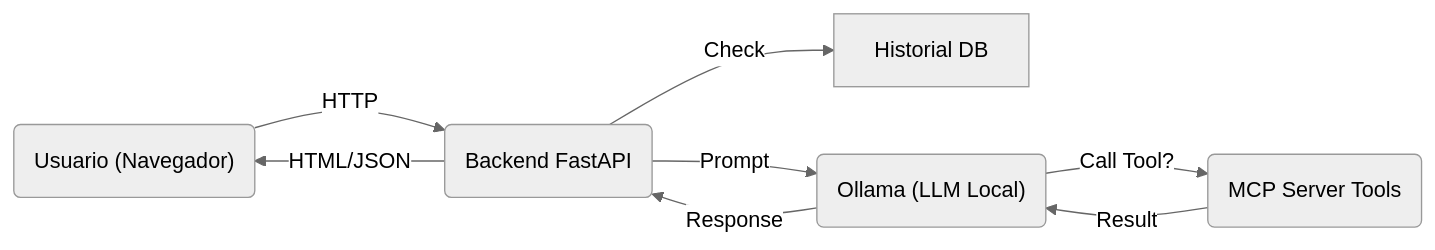
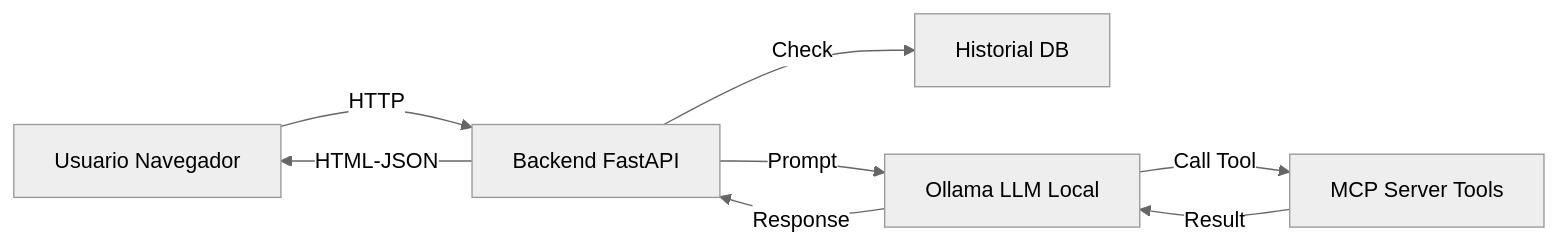
Before and after one commit to vladimiracunadev-create/mcp-ollama-local: the diagram in README.md, drawn with Mermaid (neutral theme). The commit also changed 1 other file, not shown here.

Commit message:
fix(docs): corrige todos los diagramas Mermaid para compatibilidad GitHub
- Cambia todos los nodos con rutas/parentesis de stadium shape () a bracket []
- Elimina caracteres especiales/acentos de los edge labels de pipes |...|
- Afecta: FILE_ARCHITECTURE.md y README.md

````diff
--- a/README.md
+++ b/README.md
@@ -35,10 +35,10 @@
 ```mermaid
 graph LR
-    User("Usuario (Navegador)") -->|HTTP| FastAPI("Backend FastAPI")
+    User["Usuario Navegador"] -->|HTTP| FastAPI["Backend FastAPI"]
     FastAPI -->|Check| SQLite["Historial DB"]
-    FastAPI -->|Prompt| Ollama("Ollama (LLM Local)")
-    Ollama -->|Call Tool?| MCP("MCP Server Tools")
+    FastAPI -->|Prompt| Ollama["Ollama LLM Local"]
+    Ollama -->|Call Tool| MCP["MCP Server Tools"]
     MCP -->|Result| Ollama
     Ollama -->|Response| FastAPI
-    FastAPI -->|HTML/JSON| User
+    FastAPI -->|HTML-JSON| User
 ```
````
